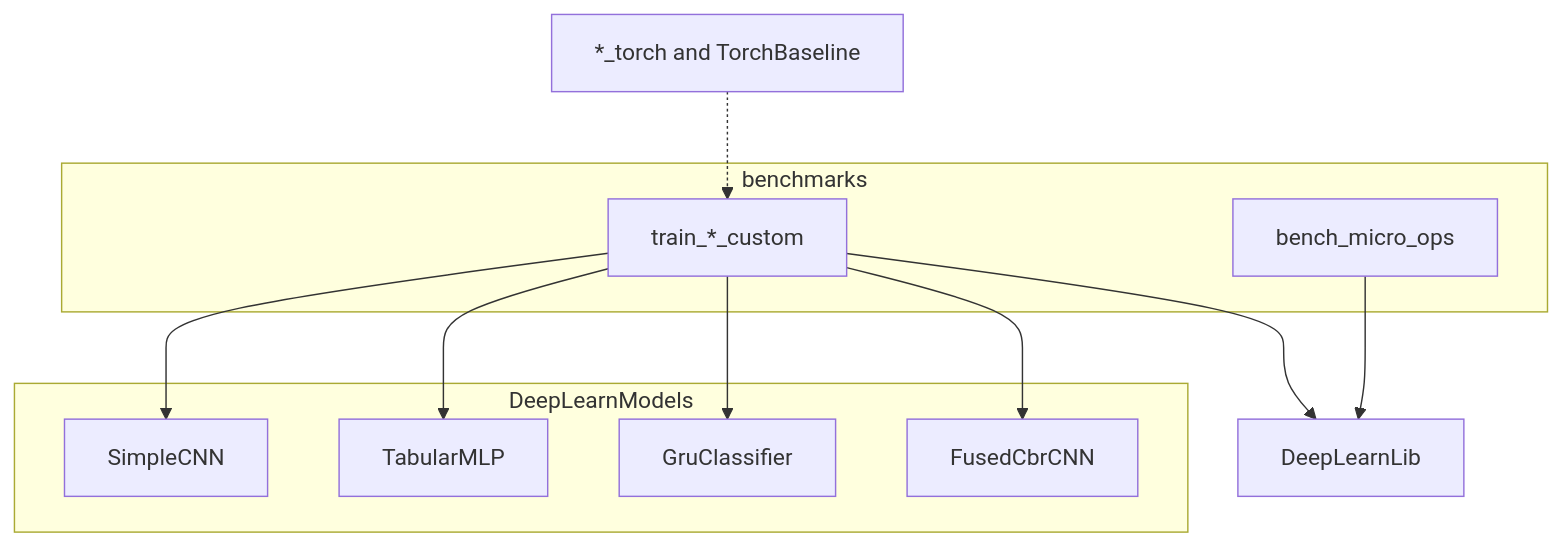
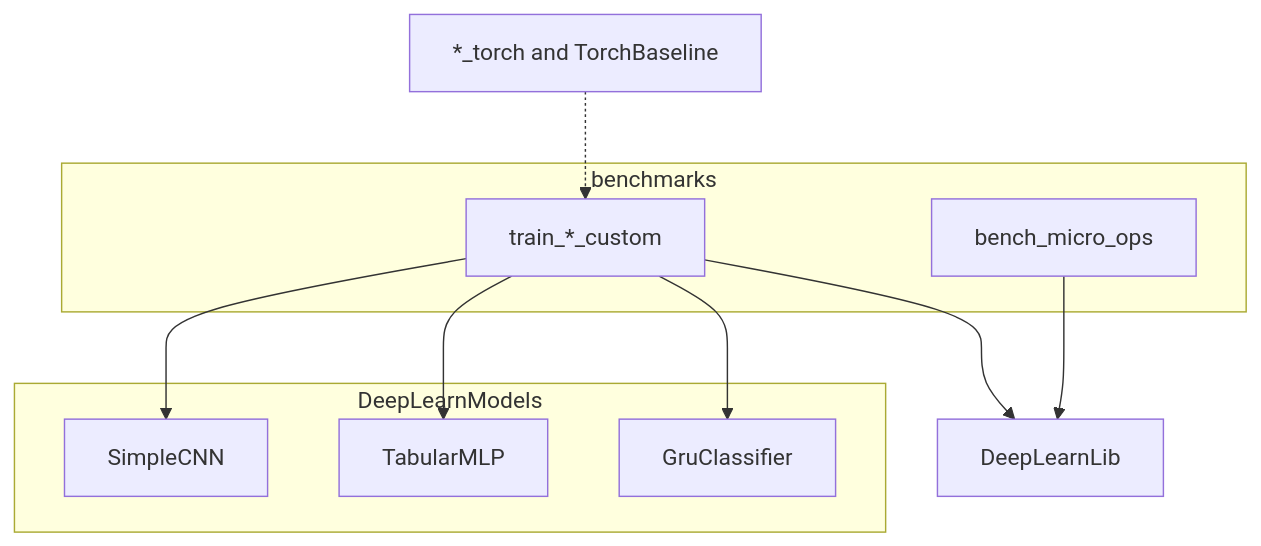
The diagram in docs/usage/README.md (Kemo321/Bachelor-Thesis), drawn with Mermaid before and after one commit. The commit also changed other lines of this file and 41 other files, not shown here.

````diff
--- a/docs/usage/README.md
+++ b/docs/usage/README.md
@@ -17,23 +17,21 @@
 ```mermaid
 flowchart TB
     subgraph apps [benchmarks]
         train["train_*_custom"]
         bench["bench_micro_ops"]
     end
     subgraph models [DeepLearnModels]
         cnn[SimpleCNN]
         mlp[TabularMLP]
         gru[GruClassifier]
-        fused[FusedCbrCNN]
     end
     lib[DeepLearnLib]
     torch["*_torch and TorchBaseline"]
 
     train --> cnn
     train --> mlp
     train --> gru
-    train --> fused
     train --> lib
     bench --> lib
     torch -.-> train
 ```
````
